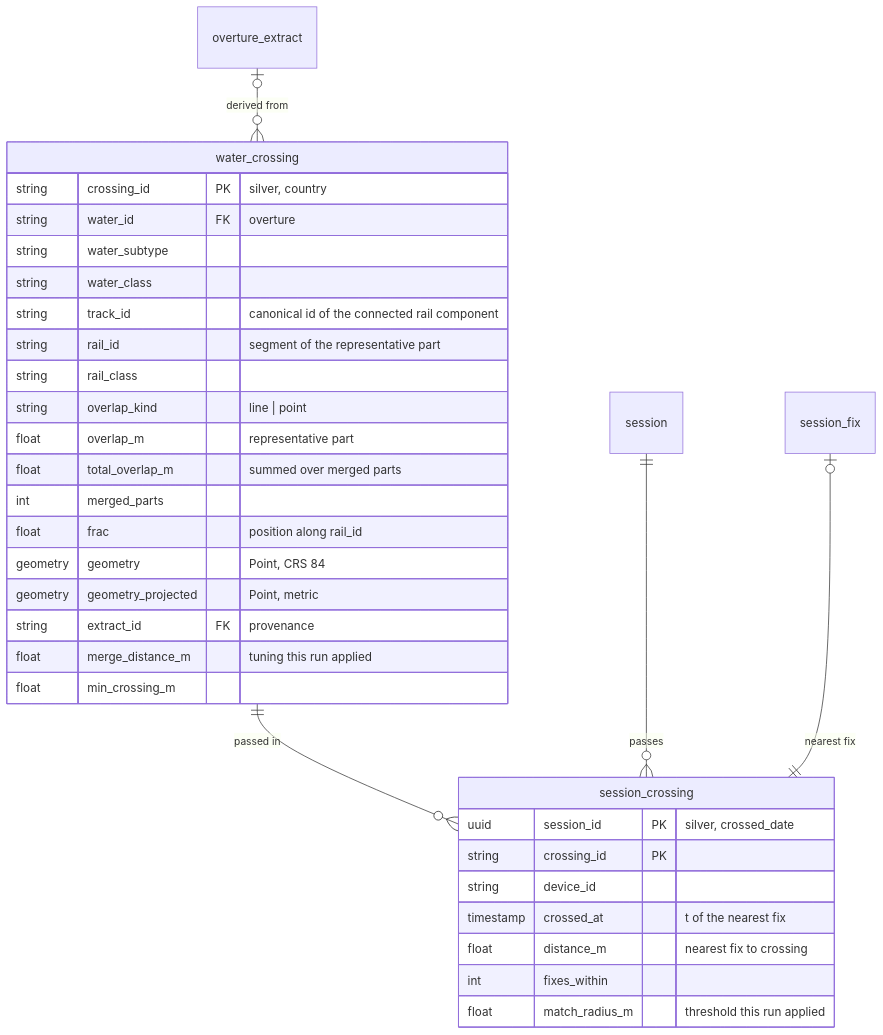
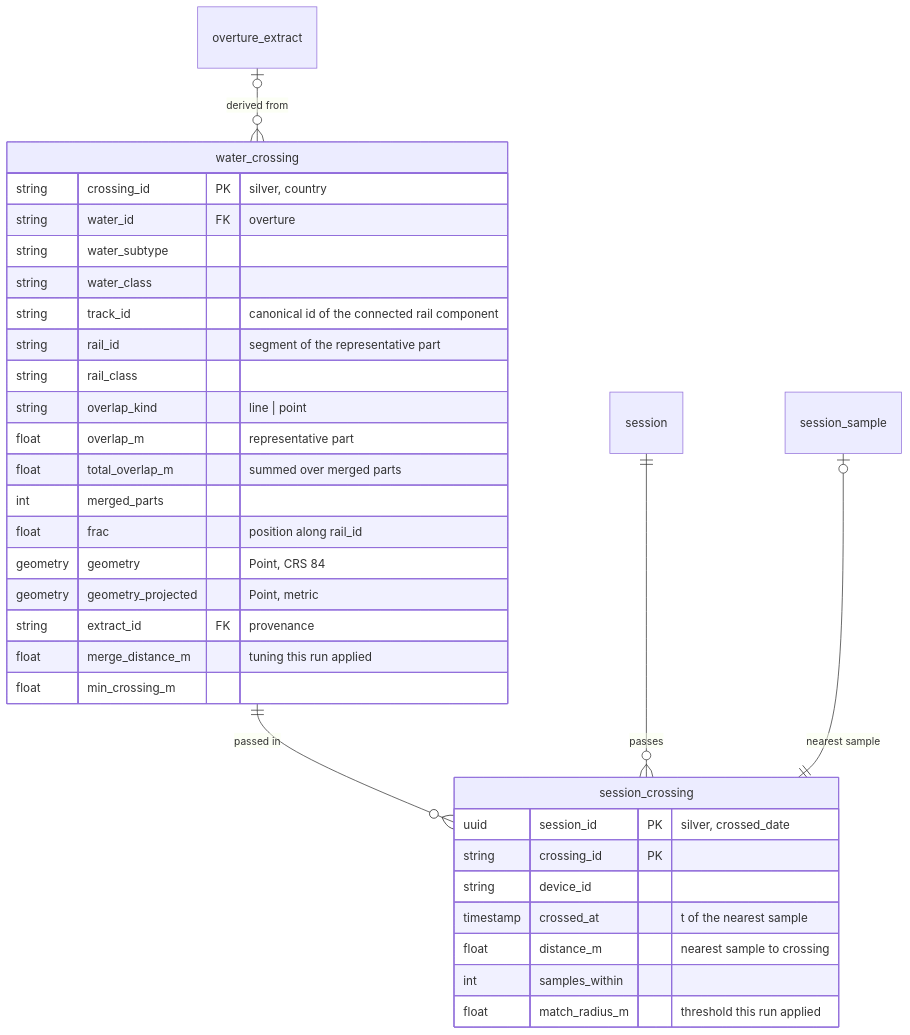
One commit to mikemoraned/geo changed the second of 2 diagrams in apps/lookout/docs/current-slice.md. Above: the diagram before and after it, drawn with Mermaid. The commit also changed other lines of this file and 10 other files, not shown here.

````diff
--- a/apps/lookout/docs/current-slice.md
+++ b/apps/lookout/docs/current-slice.md
@@ -559,36 +578,36 @@
 ```mermaid
 erDiagram
     overture_extract |o--o{ water_crossing : "derived from"
     water_crossing ||--o{ session_crossing : "passed in"
     session ||--o{ session_crossing : passes
-    session_fix |o--|| session_crossing : "nearest fix"
+    session_sample |o--|| session_crossing : "nearest sample"
 
     water_crossing {
         string crossing_id PK "silver, country"
         string water_id FK "overture"
         string water_subtype
         string water_class
         string track_id "canonical id of the connected rail component"
         string rail_id "segment of the representative part"
         string rail_class
         string overlap_kind "line | point"
         float overlap_m "representative part"
         float total_overlap_m "summed over merged parts"
         int merged_parts
         float frac "position along rail_id"
         geometry geometry "Point, CRS 84"
         geometry geometry_projected "Point, metric"
         string extract_id FK "provenance"
         float merge_distance_m "tuning this run applied"
         float min_crossing_m
     }
     session_crossing {
         uuid session_id PK "silver, crossed_date"
         string crossing_id PK
         string device_id
-        timestamp crossed_at "t of the nearest fix"
-        float distance_m "nearest fix to crossing"
-        int fixes_within
+        timestamp crossed_at "t of the nearest sample"
+        float distance_m "nearest sample to crossing"
+        int samples_within
         float match_radius_m "threshold this run applied"
     }
 ```
````
